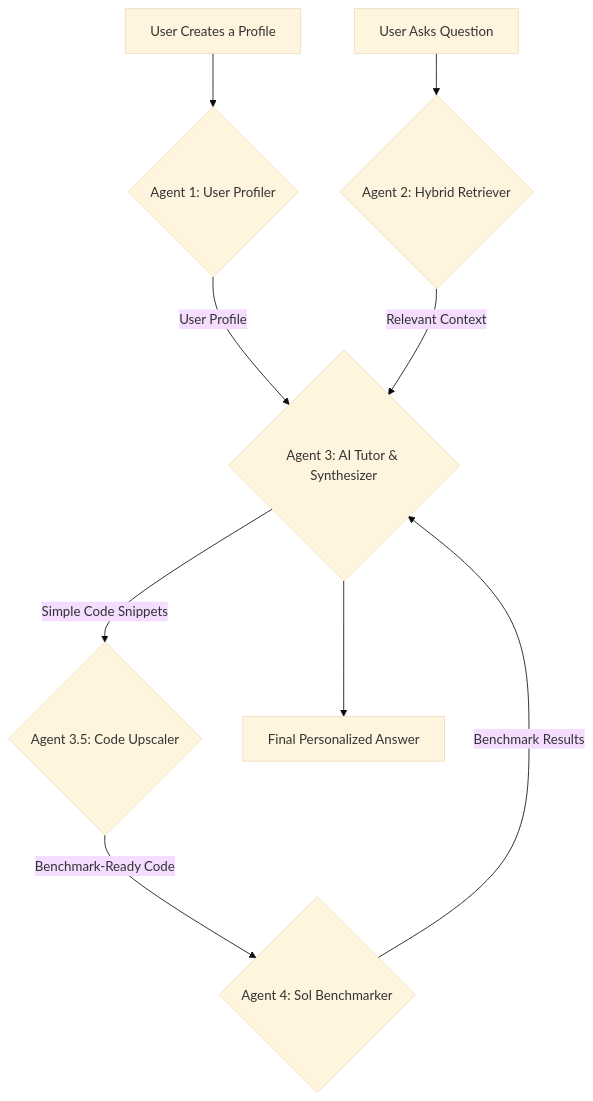
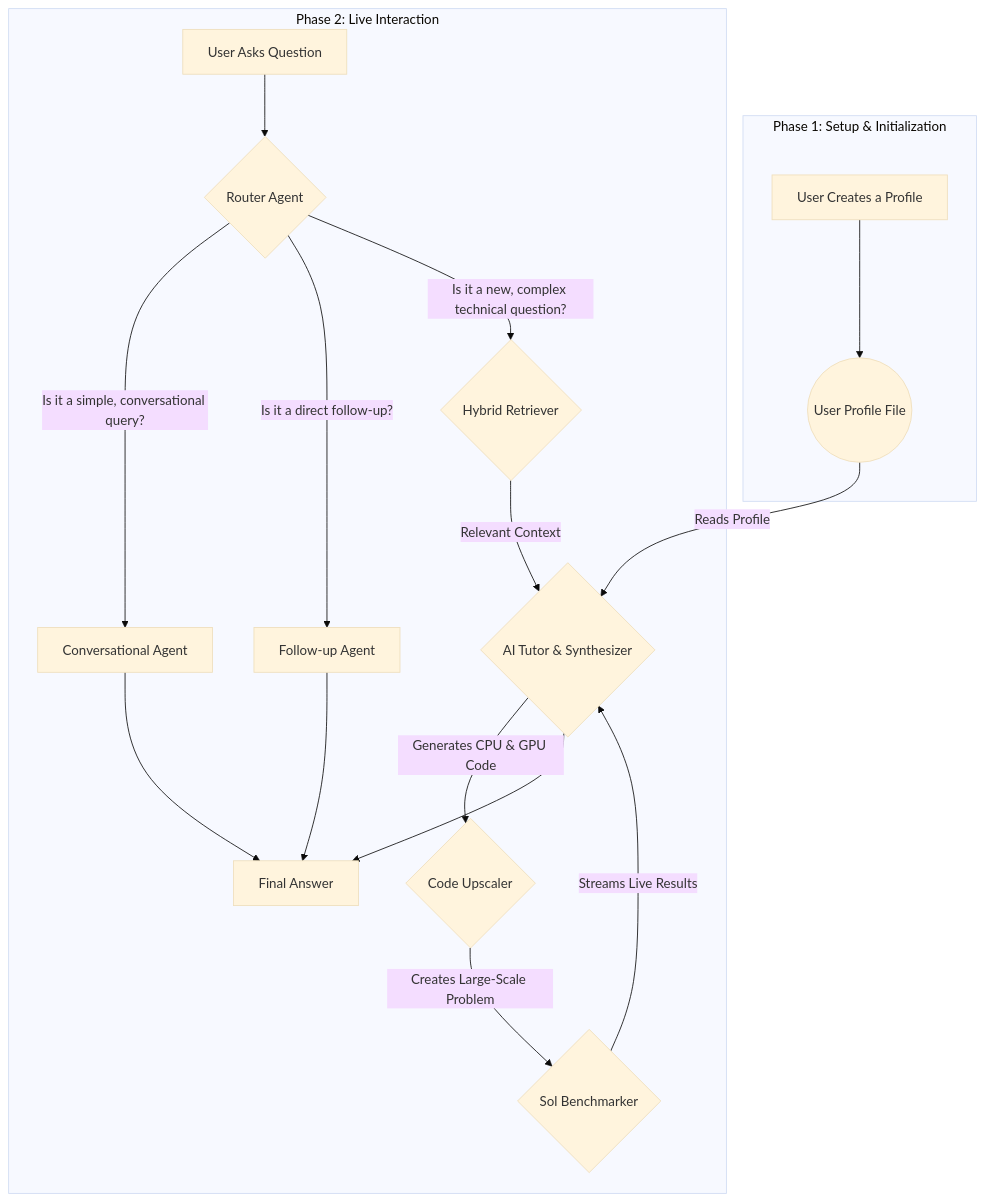
One commit to Ashwith25/ai-tutor-hackathon changed the diagram in Readme.md. Above: the diagram before and after it, drawn with Mermaid (base theme). The commit also changed other lines of this file, not shown here.

````diff
--- a/Readme.md
+++ b/Readme.md
@@ -20,11 +20,26 @@
 ```mermaid
 graph TD
-    Z[User Creates a Profile] --> B{Agent 1: User Profiler};
-    A[User Asks Question] --> C{Agent 2: Hybrid Retriever};
-    B --> |User Profile| D{Agent 3: AI Tutor & Synthesizer};
-    C --> |Relevant Context| D
-    D --> |Simple Code Snippets| E{Agent 3.5: Code Upscaler};
-    E --> |Benchmark-Ready Code| F{Agent 4: Sol Benchmarker};
-    F --> |Benchmark Results| D;
-    D --> G[Final Personalized Answer];
+    subgraph "Phase 1: Setup & Initialization"
+        Z[User Creates a Profile] --> P((User Profile File));
+    end
+
+    subgraph "Phase 2: Live Interaction"
+        A[User Asks Question] --> M{Router Agent};
+        
+        M -->|"Is it a simple, conversational query?"| H[Conversational Agent];
+        M -->|"Is it a direct follow-up?"| I[Follow-up Agent];
+        
+        M -->|"Is it a new, complex technical question?"| C{Hybrid Retriever};
+
+        C -->|Relevant Context| D{AI Tutor & Synthesizer};
+        P -->|Reads Profile| D;
+
+        D --> |Generates CPU & GPU Code| E{Code Upscaler};
+        E --> |Creates Large-Scale Problem| F{Sol Benchmarker};
+        F --> |Streams Live Results| D;
+        
+        H --> G[Final Answer];
+        I --> G;
+        D --> G;
+    end
 ```
````
